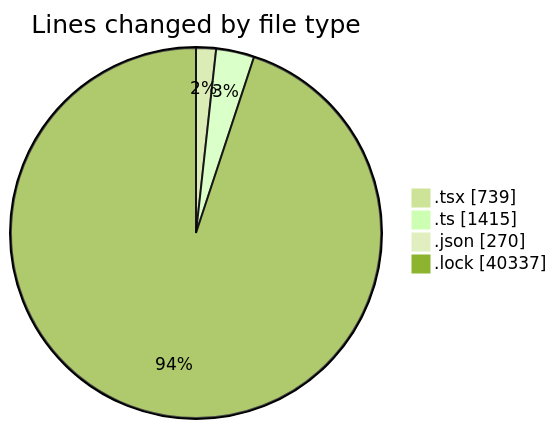
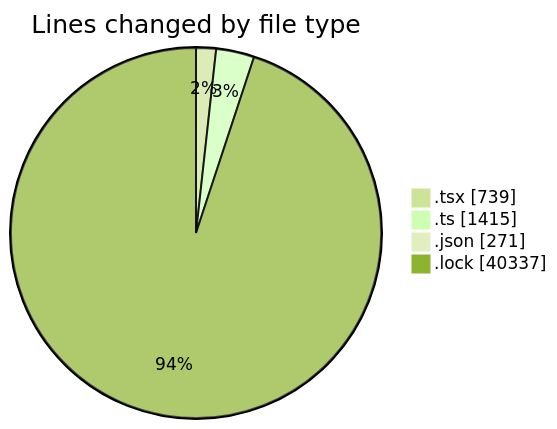
The first of 2 diagrams in 2026-03-27/cda/README.md (momahboobian/code-tracking), drawn with Mermaid (forest theme) before and after one commit. The commit also changed other lines of this file and 1 other file, not shown here.

````diff
--- a/2026-03-27/cda/README.md
+++ b/2026-03-27/cda/README.md
@@ -36,8 +36,8 @@
 ```mermaid
 pie showData
 title Lines changed by file type
 ".tsx" : 739
 ".ts" : 1415
-".json" : 270
+".json" : 271
 ".lock" : 40337
 ```
````
